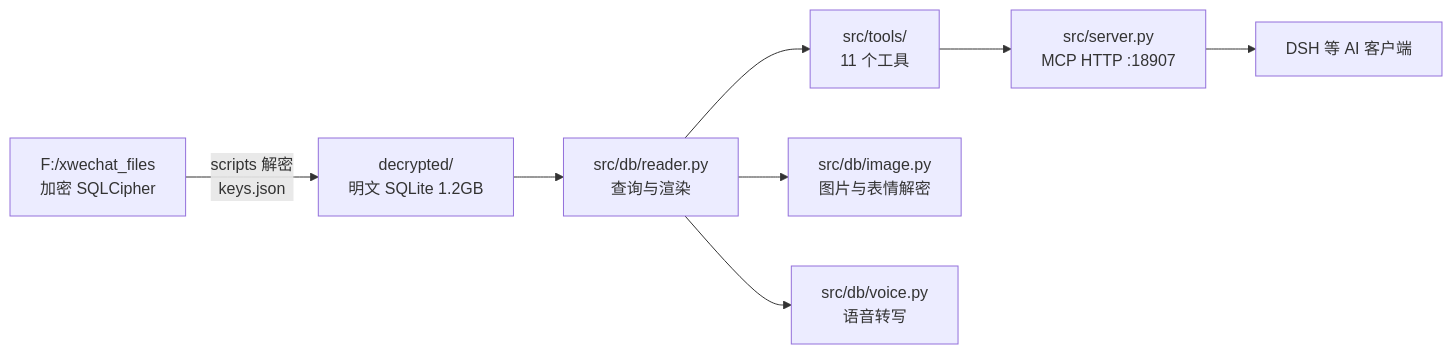
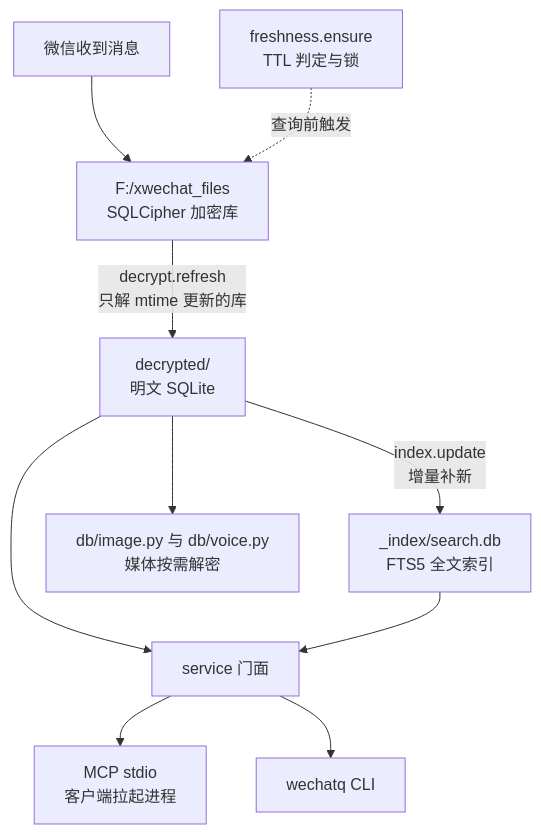
Before and after one commit to alone-tree/wechat-msg-mcp: the diagram in docs/总体设计.md, drawn with Mermaid. The commit also changed other lines of this file and 18 other files, not shown here.

````diff
--- a/docs/总体设计.md
+++ b/docs/总体设计.md
@@ -7,10 +7,12 @@
 ```mermaid
-flowchart LR
-  A["F:/xwechat_files<br/>加密 SQLCipher"] -->|"scripts 解密<br/>keys.json"| B["decrypted/<br/>明文 SQLite 1.2GB"]
-  B --> C["src/db/reader.py<br/>查询与渲染"]
-  C --> D["src/tools/<br/>11 个工具"]
-  D --> E["src/server.py<br/>MCP HTTP :18907"]
-  E --> F["DSH 等 AI 客户端"]
-  C --> G["src/db/image.py<br/>图片与表情解密"]
-  C --> H["src/db/voice.py<br/>语音转写"]
+flowchart TB
+  A["微信收到消息"] --> B["F:/xwechat_files<br/>SQLCipher 加密库"]
+  B -->|"decrypt.refresh<br/>只解 mtime 更新的库"| C["decrypted/<br/>明文 SQLite"]
+  C -->|"index.update<br/>增量补新"| D["_index/search.db<br/>FTS5 全文索引"]
+  C --> E["service 门面"]
+  D --> E
+  E --> F["MCP stdio<br/>客户端拉起进程"]
+  E --> G["wechatq CLI"]
+  H["freshness.ensure<br/>TTL 判定与锁"] -.->|"查询前触发"| B
+  C --> I["db/image.py 与 db/voice.py<br/>媒体按需解密"]
 ```
````
